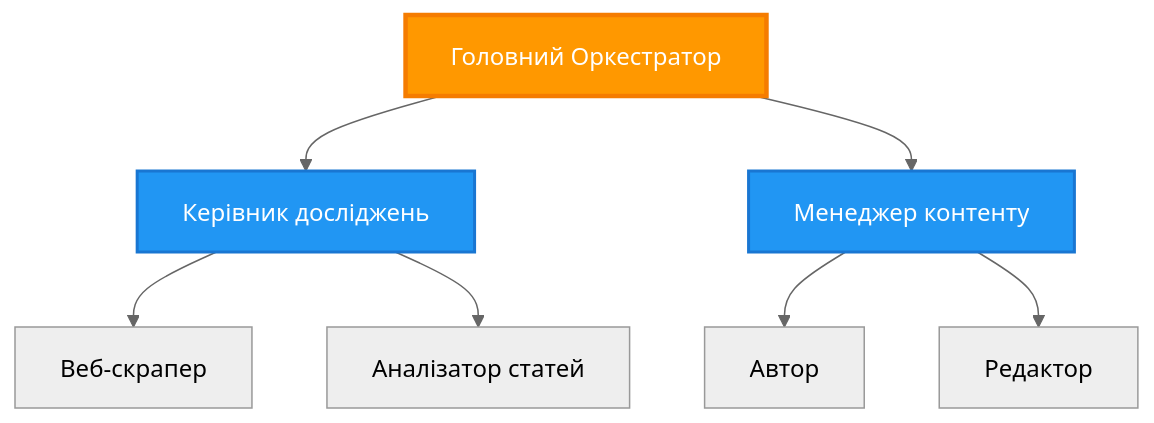
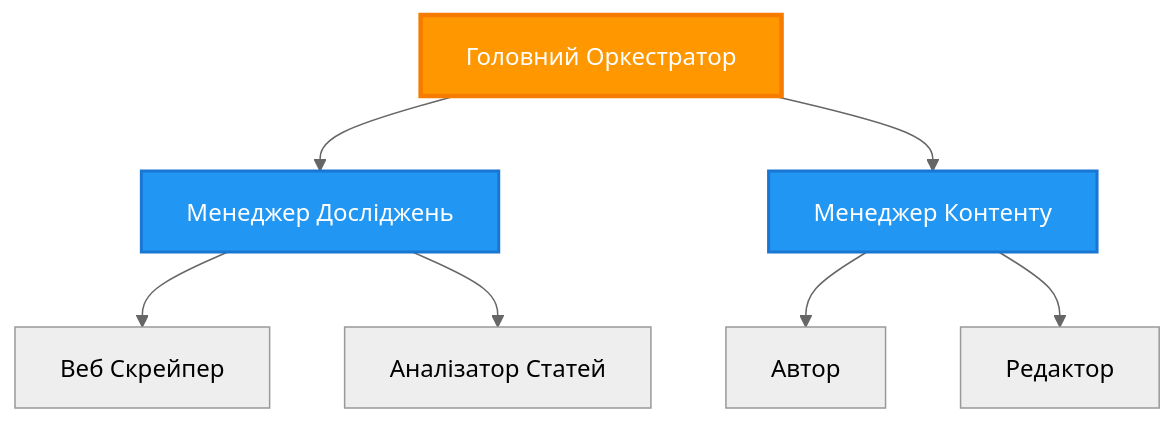
Before and after one commit to microsoft/AZD-for-beginners: the third of 6 diagrams in translations/uk/docs/chapter-06-pre-deployment/coordination-patterns.md, drawn with Mermaid (neutral theme). The commit also changed other lines of this file and 101 other files, not shown here.

````diff
--- a/translations/uk/docs/chapter-06-pre-deployment/coordination-patterns.md
+++ b/translations/uk/docs/chapter-06-pre-deployment/coordination-patterns.md
@@ -150,21 +143,21 @@
 ```mermaid
 graph TB
     Master[Головний Оркестратор]
-    Manager1[Керівник досліджень]
-    Manager2[Менеджер контенту]
-    W1[Веб-скрапер]
-    W2[Аналізатор статей]
+    Manager1[Менеджер Досліджень]
+    Manager2[Менеджер Контенту]
+    W1[Веб Скрейпер]
+    W2[Аналізатор Статей]
     W3[Автор]
     W4[Редактор]
     
     Master --> Manager1
     Master --> Manager2
     Manager1 --> W1
     Manager1 --> W2
     Manager2 --> W3
     Manager2 --> W4
     
     style Master fill:#FF9800,stroke:#F57C00,stroke-width:3px,color:#fff
     style Manager1 fill:#2196F3,stroke:#1976D2,stroke-width:2px,color:#fff
     style Manager2 fill:#2196F3,stroke:#1976D2,stroke-width:2px,color:#fff
 ```
````
